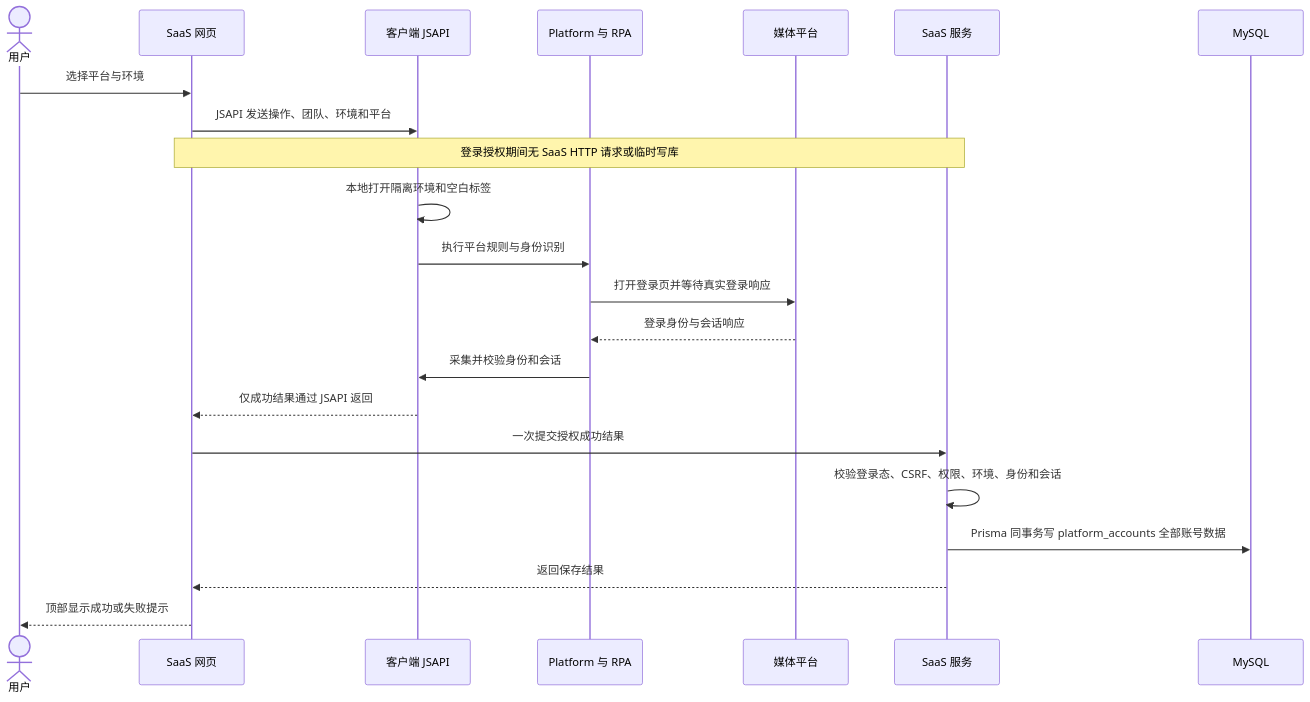
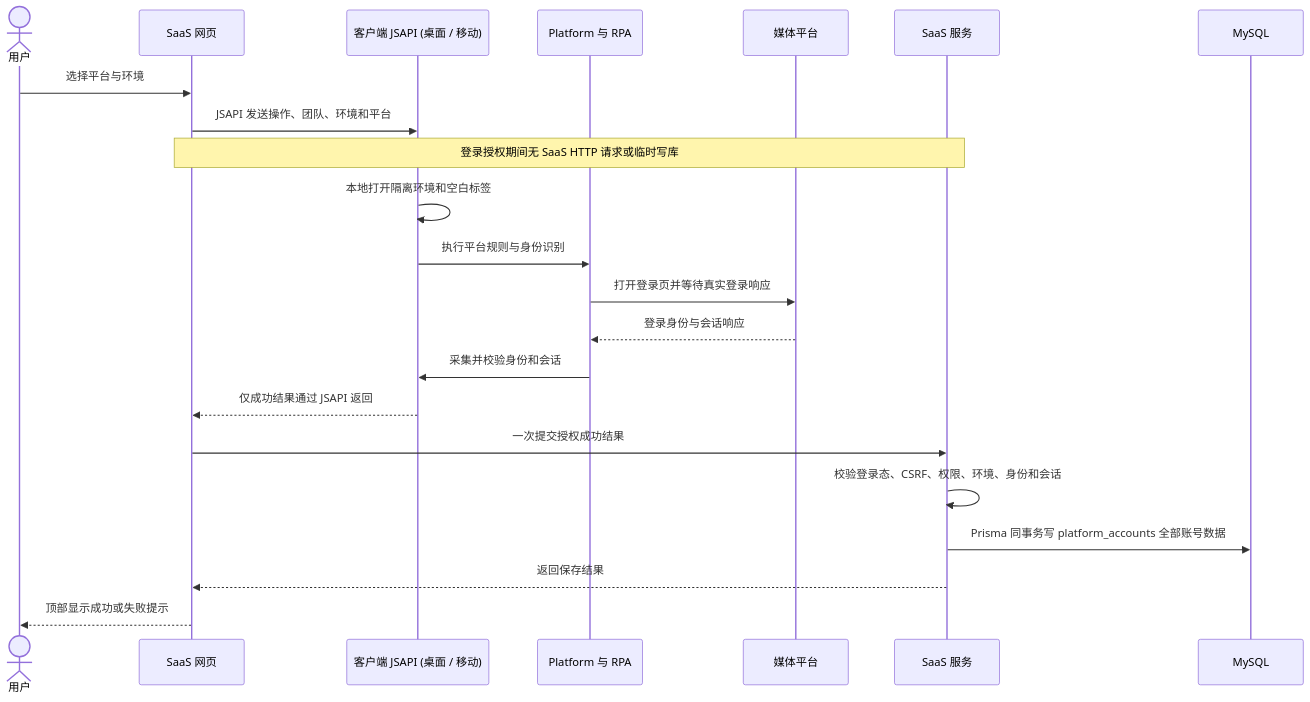
Before and after one commit to gplwzz1989/electron.fingerprint: the fourth of 5 diagrams in docs/项目关系与开发流程.md, drawn with Mermaid. The commit also changed other lines of this file and 7 other files, not shown here.

````diff
--- a/docs/项目关系与开发流程.md
+++ b/docs/项目关系与开发流程.md
@@ -85,24 +95,24 @@
 ```mermaid
 sequenceDiagram
     actor 用户
     participant 网页 as SaaS 网页
-    participant 客户端 as 客户端 JSAPI
+    participant 客户端 as 客户端 JSAPI (桌面 / 移动)
     participant 能力 as Platform 与 RPA
     participant 平台 as 媒体平台
     participant 服务 as SaaS 服务
     participant 数据 as MySQL
     用户->>网页: 选择平台与环境
     网页->>客户端: JSAPI 发送操作、团队、环境和平台
     Note over 网页,服务: 登录授权期间无 SaaS HTTP 请求或临时写库
     客户端->>客户端: 本地打开隔离环境和空白标签
     客户端->>能力: 执行平台规则与身份识别
     能力->>平台: 打开登录页并等待真实登录响应
     平台-->>能力: 登录身份与会话响应
     能力->>客户端: 采集并校验身份和会话
     客户端-->>网页: 仅成功结果通过 JSAPI 返回
     网页->>服务: 一次提交授权成功结果
     服务->>服务: 校验登录态、CSRF、权限、环境、身份和会话
     服务->>数据: Prisma 同事务写 platform_accounts 全部账号数据
     服务-->>网页: 返回保存结果
     网页-->>用户: 顶部显示成功或失败提示
 ```
````
